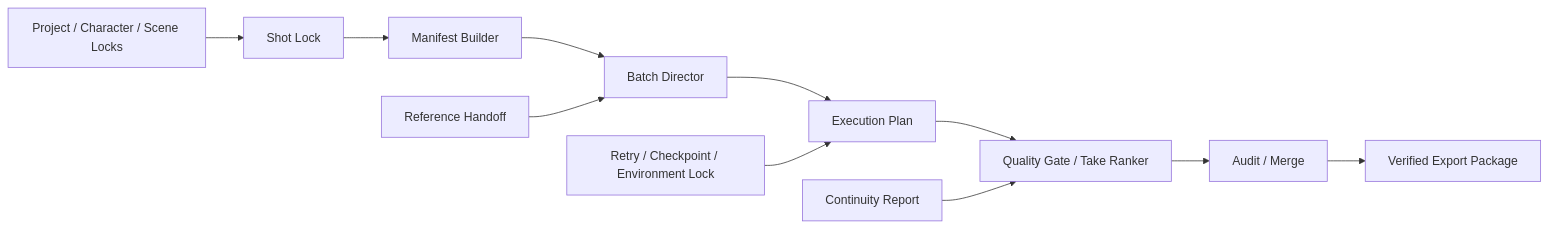
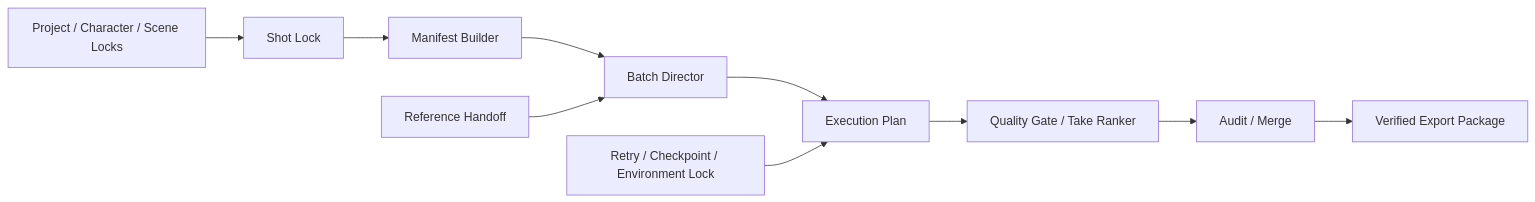
The diagram in README.md (xinjian0101/continuity-director), drawn with Mermaid before and after one commit. The commit also changed other lines of this file and 12 other files, not shown here.

````diff
--- a/README.md
+++ b/README.md
@@ -85,14 +58,12 @@
 ```mermaid
 flowchart LR
     A[Project / Character / Scene Locks] --> B[Shot Lock]
     B --> C[Manifest Builder]
     C --> D[Batch Director]
     D --> E[Execution Plan]
     E --> F[Quality Gate / Take Ranker]
     F --> G[Audit / Merge]
     G --> H[Verified Export Package]
-
     R[Reference Handoff] --> D
     V[Retry / Checkpoint / Environment Lock] --> E
-    Q[Continuity Report] --> F
 ```
````
